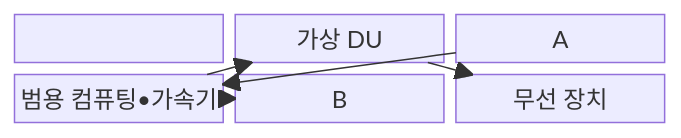
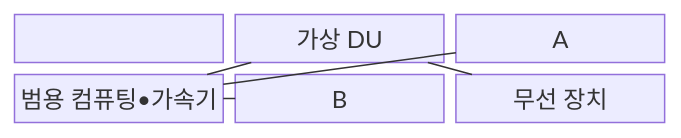
Before and after one commit to agnusdei1207/knowledge-base: the first of 2 diagrams in src/content/docs/notes/04-network/112_virtual_ran.md, drawn with Mermaid. The commit also changed other lines of this file and 493 other files, not shown here.

````diff
--- a/src/content/docs/notes/04-network/112_virtual_ran.md
+++ b/src/content/docs/notes/04-network/112_virtual_ran.md
@@ -67,9 +67,9 @@
 ```mermaid
-block
+block-beta
   columns 3
-  A["운영•클라우드 플랫폼"] --> B["가상 CU"] --> C["가상 DU"]
-  A --> D["범용 컴퓨팅•가속기"]
-  D --> B
-  D --> C
-  C --> E["무선 장치"]
+  A["운영•클라우드 플랫폼"] --- B["가상 CU"] --- C["가상 DU"]
+  A --- D["범용 컴퓨팅•가속기"]
+  D --- B
+  D --- C
+  C --- E["무선 장치"]
 ```
````
